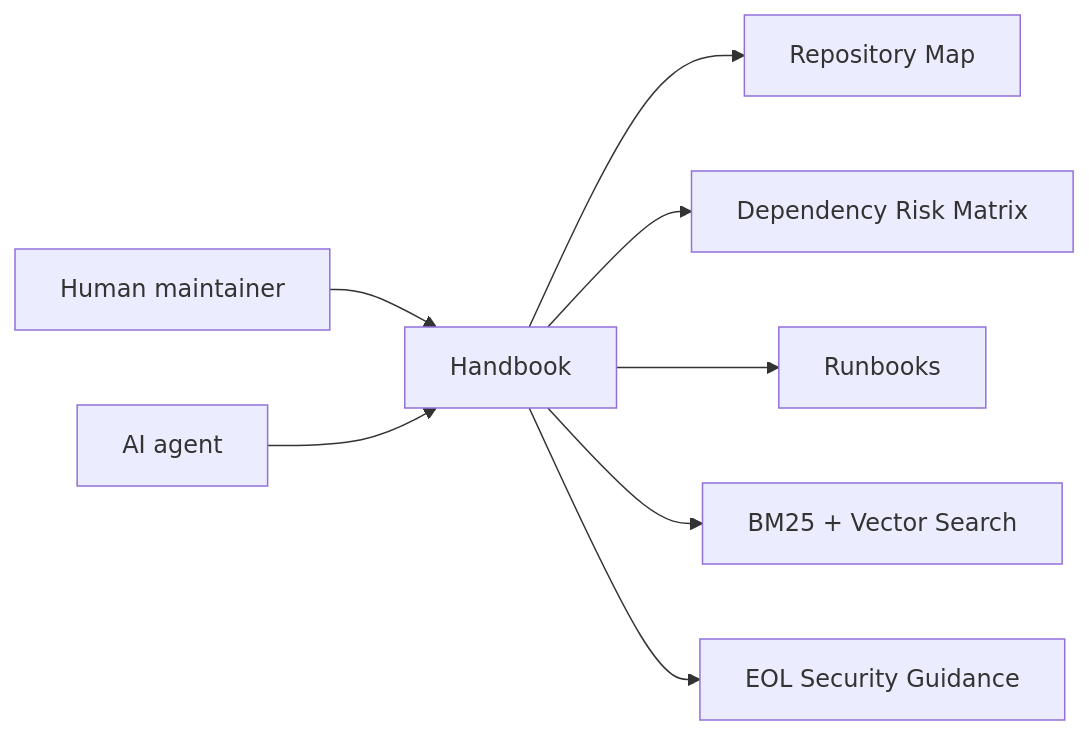
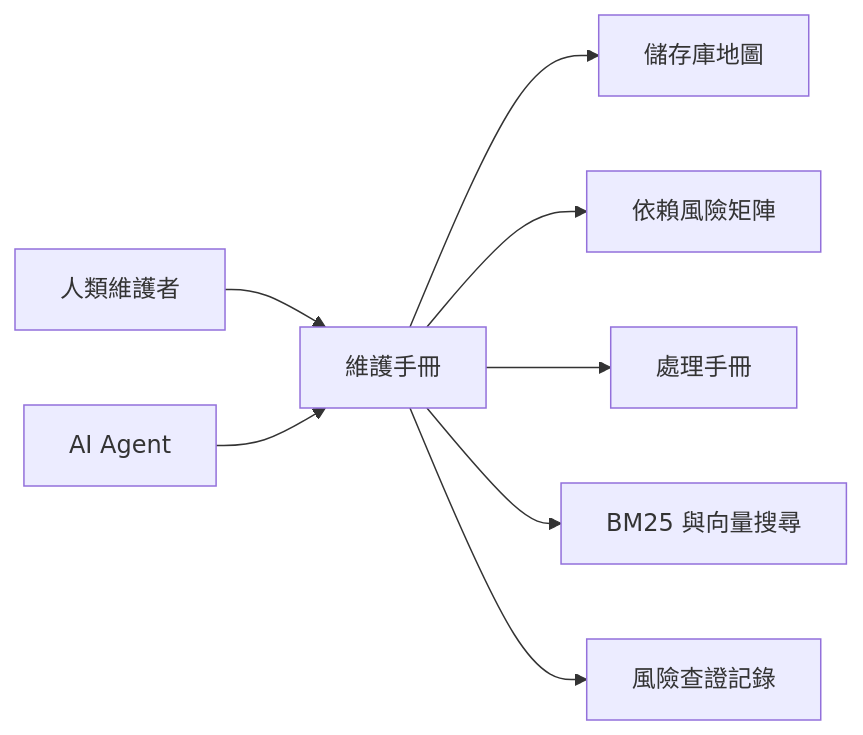
The diagram in docs-site/src/content/docs/index.md (chen21019/cattle-handbook), drawn with Mermaid before and after one commit. The commit also changed other lines of this file and 201 other files, not shown here.

````diff
--- a/docs-site/src/content/docs/index.md
+++ b/docs-site/src/content/docs/index.md
@@ -85,10 +87,10 @@
 ```mermaid
 flowchart LR
-  Maintainer[Human maintainer] --> Handbook[Handbook]
-  Agent[AI agent] --> Handbook
-  Handbook --> RepoMap[Repository Map]
-  Handbook --> Risk[Dependency Risk Matrix]
-  Handbook --> Runbooks[Runbooks]
-  Handbook --> Search[BM25 + Vector Search]
-  Handbook --> Security[EOL Security Guidance]
+  Maintainer[人類維護者] --> Handbook[維護手冊]
+  Agent[AI Agent] --> Handbook
+  Handbook --> RepoMap[儲存庫地圖]
+  Handbook --> Risk[依賴風險矩陣]
+  Handbook --> Guides[處理手冊]
+  Handbook --> Search[BM25 與向量搜尋]
+  Handbook --> Security[風險查證記錄]
 ```
````
